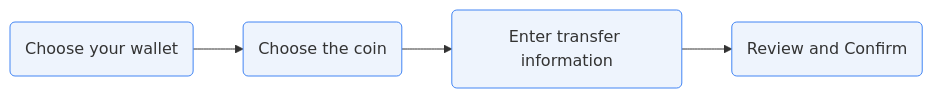
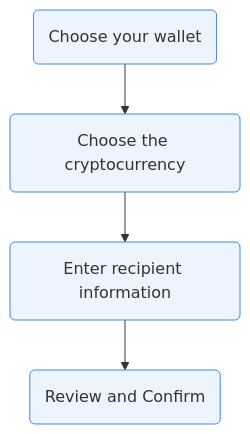
Before and after one commit to ventureum/Chainsfr: the diagram in docs/sending.md, drawn with Mermaid. The commit also changed other lines of this file, not shown here.

````diff
--- a/docs/sending.md
+++ b/docs/sending.md
@@ -4,11 +5,11 @@
 ```mermaid
-graph LR
-    S1(Choose your wallet)-->S2(Choose the coin)
-    S2-->S3(Enter transfer information)
+graph TD
+    S1(Choose your wallet)-->S2(Choose the cryptocurrency)
+    S2-->S3(Enter recipient information)
     S3-->S4(Review and Confirm)
 
     style S1 fill:#eef4fd,stroke:#4285F4
     style S2 fill:#eef4fd,stroke:#4285F4
     style S3 fill:#eef4fd,stroke:#4285F4
     style S4 fill:#eef4fd,stroke:#4285F4
 ```
````
